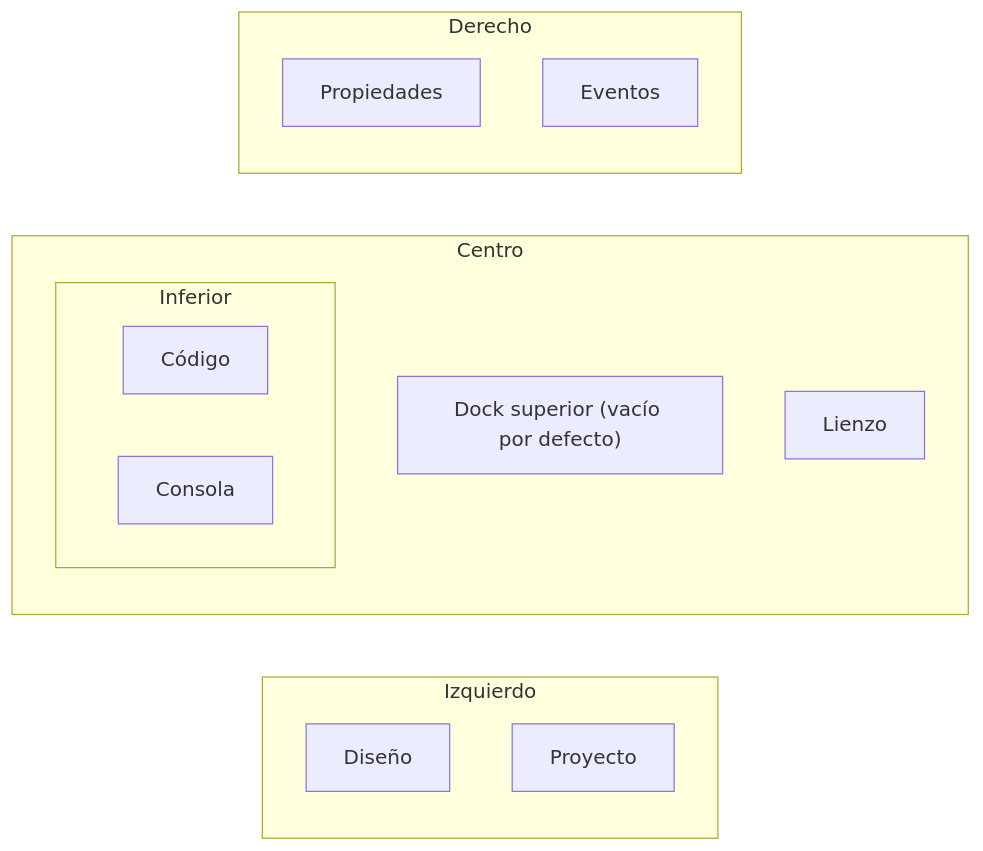
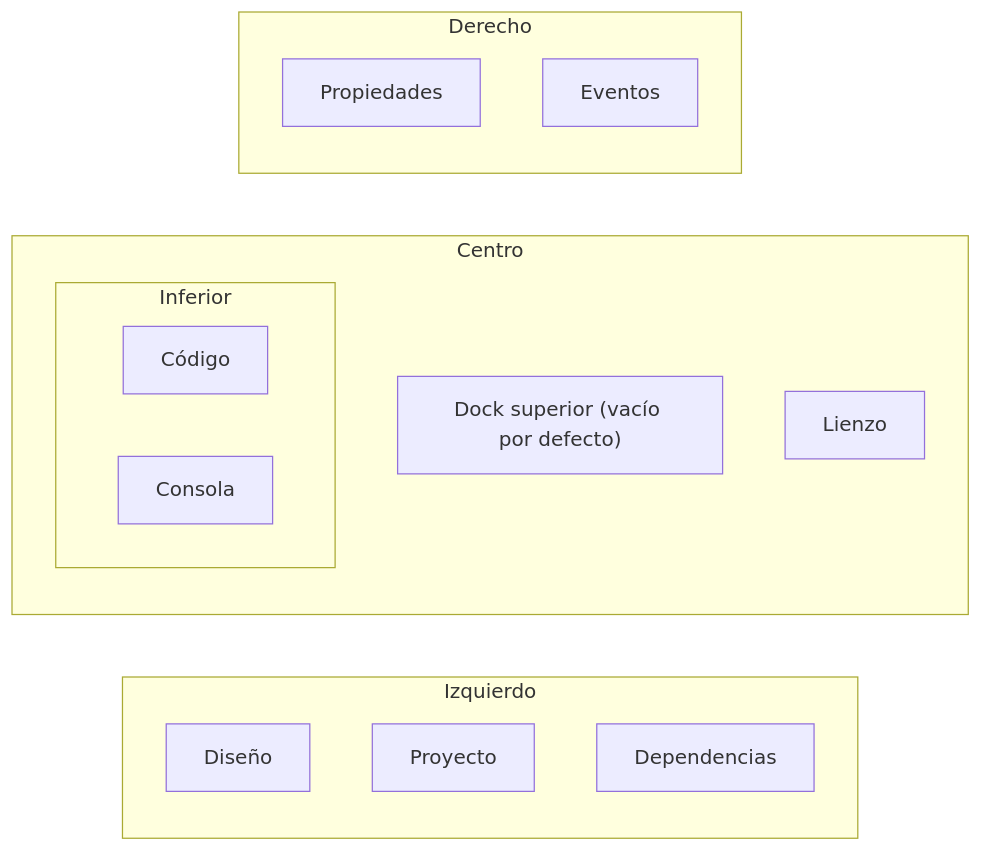
Before and after one commit to albakore/pyzed: the diagram in docs/src/content/docs/es/editor/menus-and-commands.md, drawn with Mermaid. The commit also changed other lines of this file and 21 other files, not shown here.

````diff
--- a/docs/src/content/docs/es/editor/menus-and-commands.md
+++ b/docs/src/content/docs/es/editor/menus-and-commands.md
@@ -143,19 +144,20 @@
 ```mermaid
 flowchart LR
     subgraph Izquierdo
         Diseño
         Proyecto
+        Dependencias
     end
     subgraph Centro
         Superior["Dock superior (vacío por defecto)"]
         Lienzo
         subgraph Inferior
             Código
             Consola
         end
     end
     subgraph Derecho
         Propiedades
         Eventos
     end
 ```
````
